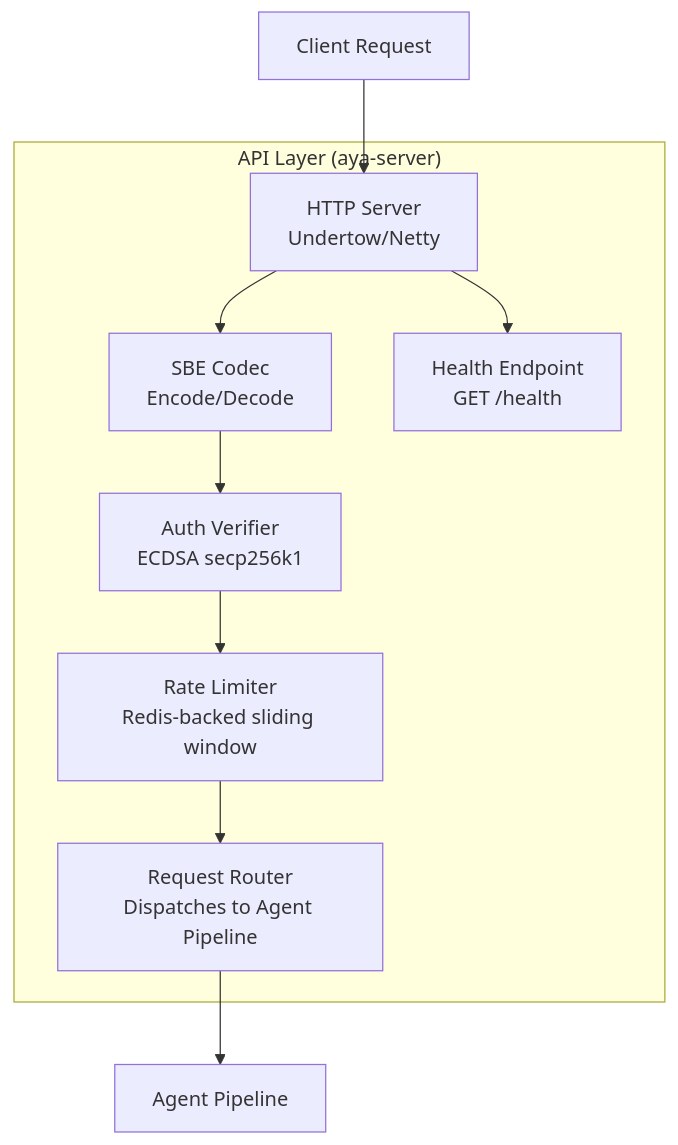
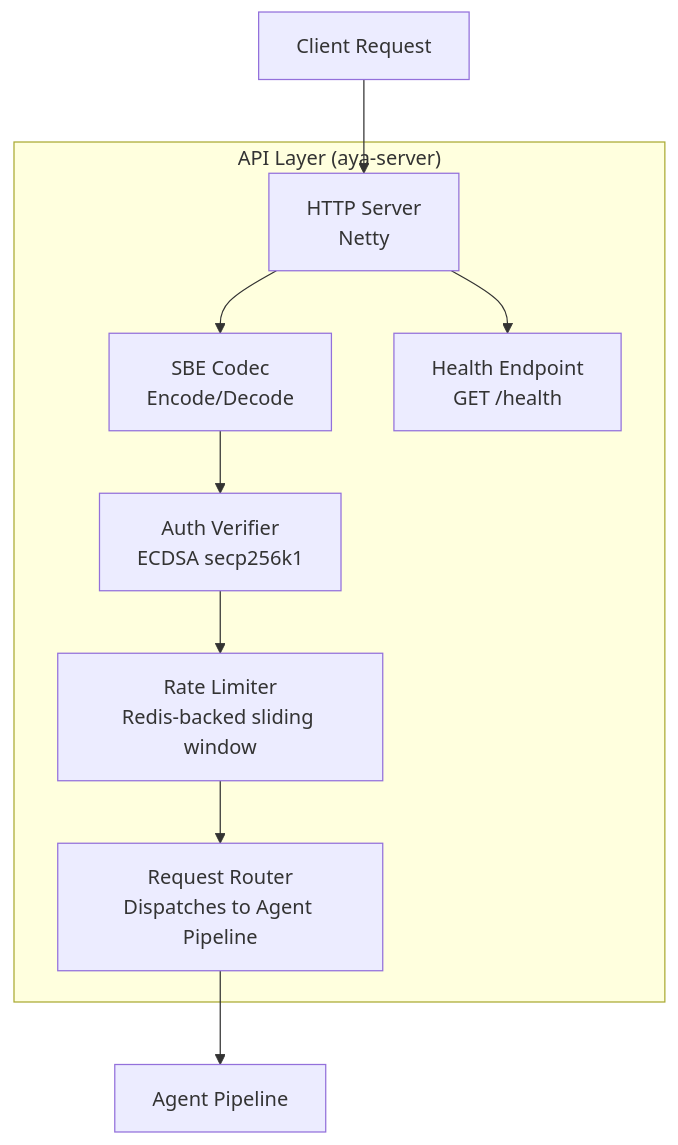
Before and after one commit to klodio/aya-mobile-assistant: the third of 14 diagrams in ARCHITECTURE.md, drawn with Mermaid. The commit also changed other lines of this file and 10 other files, not shown here.

````diff
--- a/ARCHITECTURE.md
+++ b/ARCHITECTURE.md
@@ -121,19 +121,19 @@
 ```mermaid
 graph TB
     subgraph "API Layer (aya-server)"
-        HTTP[HTTP Server<br/>Undertow/Netty]
+        HTTP[HTTP Server<br/>Netty]
         CODEC[SBE Codec<br/>Encode/Decode]
         AUTH[Auth Verifier<br/>ECDSA secp256k1]
         RATE[Rate Limiter<br/>Redis-backed sliding window]
         ROUTER[Request Router<br/>Dispatches to Agent Pipeline]
         HEALTH[Health Endpoint<br/>GET /health]
     end
 
     CLIENT[Client Request] --> HTTP
     HTTP --> CODEC
     CODEC --> AUTH
     AUTH --> RATE
     RATE --> ROUTER
     ROUTER --> PIPELINE[Agent Pipeline]
     HTTP --> HEALTH
 ```
````
